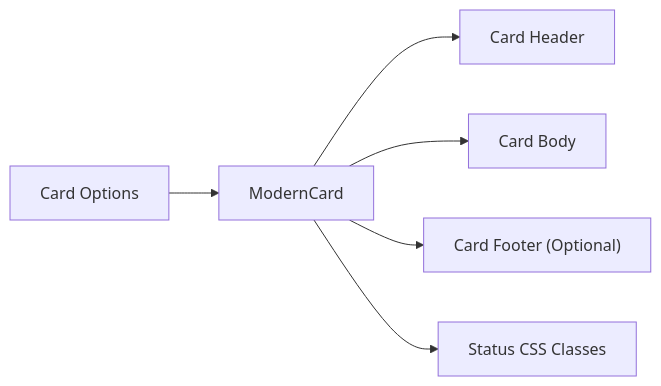
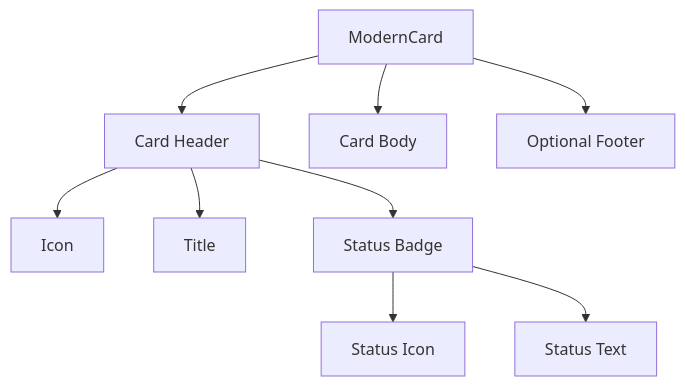
One commit to Ylianst/MeshCentral changed the third of 7 diagrams in docs/reference/architecture/ui-components/ui-components.md. Above: the diagram before and after it, drawn with Mermaid. The commit also changed other lines of this file and 642 other files, not shown here.

````diff
--- a/docs/reference/architecture/ui-components/ui-components.md
+++ b/docs/reference/architecture/ui-components/ui-components.md
@@ -177,9 +109,13 @@
 ```mermaid
-flowchart LR
-    Options["Card Options"] --> ModernCard
-    ModernCard --> Header["Card Header"]
-    ModernCard --> Body["Card Body"]
-    ModernCard --> Footer["Card Footer (Optional)"]
+flowchart TD
+    Card["ModernCard"] --> Header["Card Header"]
+    Card --> Body["Card Body"]
+    Card --> Footer["Optional Footer"]
 
-    ModernCard --> StatusClasses["Status CSS Classes"]
+    Header --> Icon["Icon"]
+    Header --> Title["Title"]
+    Header --> Status["Status Badge"]
+
+    Status --> StatusIcon["Status Icon"]
+    Status --> StatusText["Status Text"]
 ```
````
